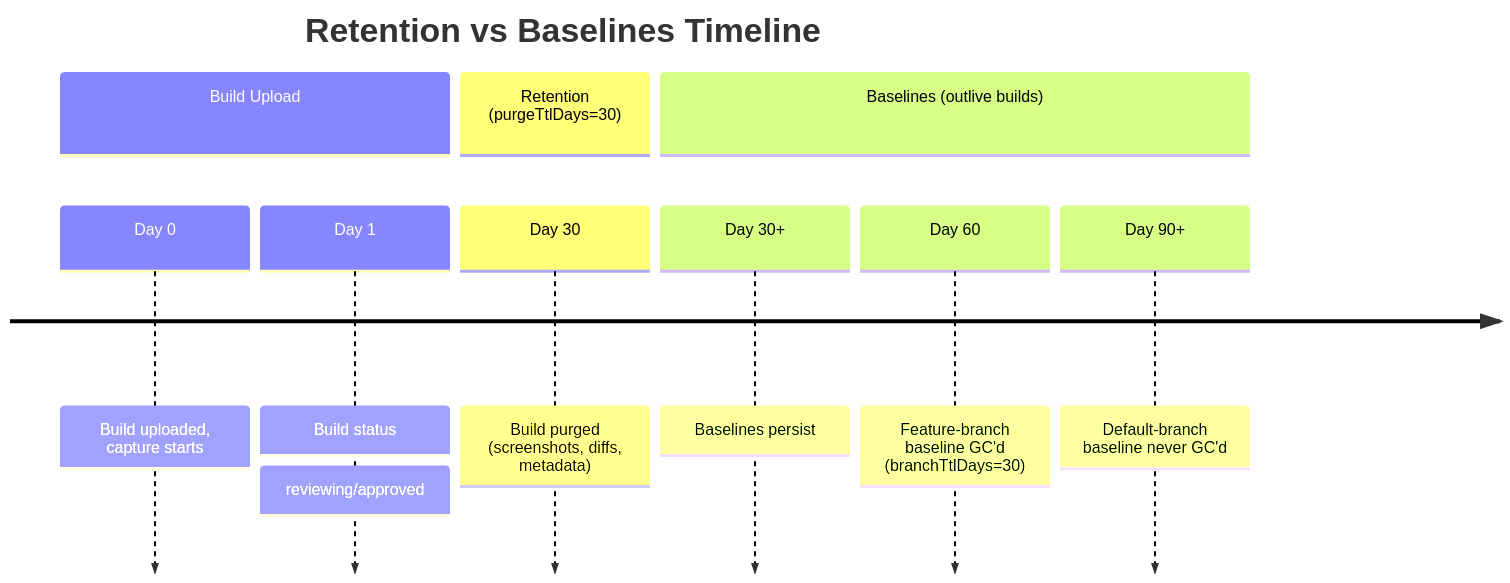
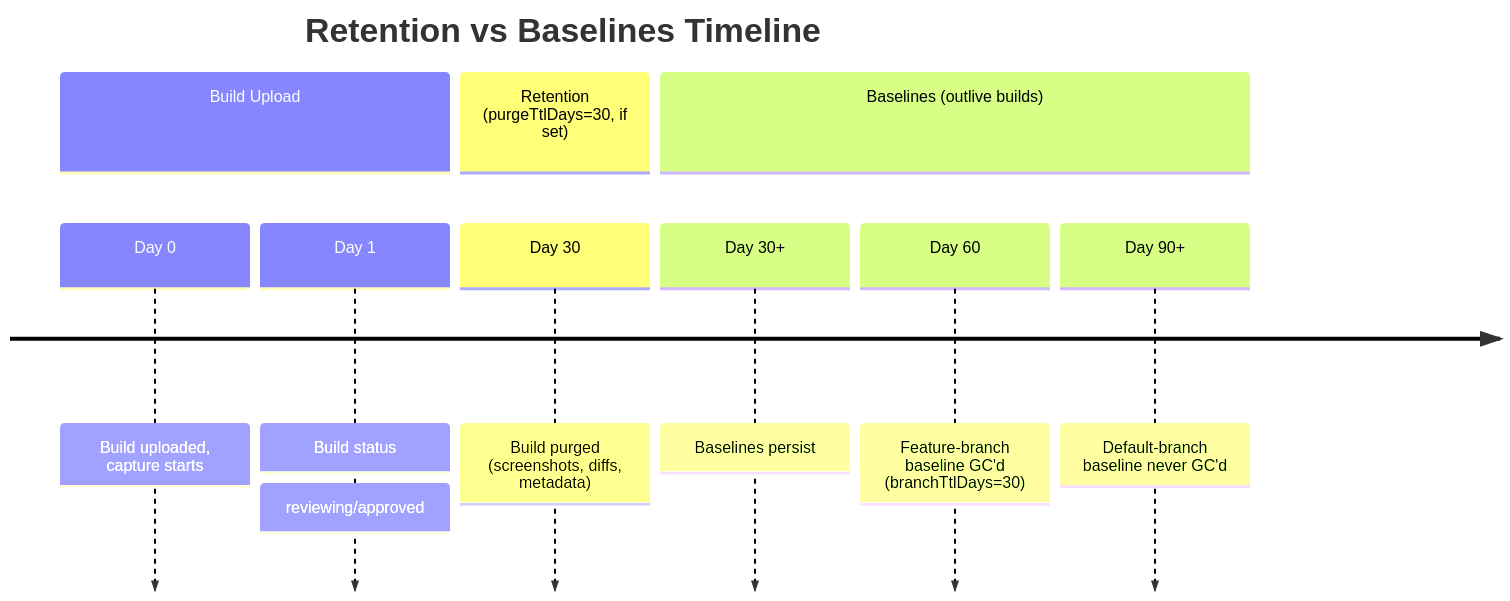
One commit to GuptaSiddhant/StoryShelf changed the third of 3 diagrams in apps/website/src/content/docs/concepts/baselines.md. Above: the diagram before and after it, drawn with Mermaid. The commit also changed other lines of this file and 35 other files, not shown here.

````diff
--- a/apps/website/src/content/docs/concepts/baselines.md
+++ b/apps/website/src/content/docs/concepts/baselines.md
@@ -95,13 +95,13 @@
 ```mermaid
 timeline
     title Retention vs Baselines Timeline
     section Build Upload
     Day 0 : Build uploaded, capture starts
     Day 1 : Build status: reviewing/approved
-    section Retention (purgeTtlDays=30)
+    section Retention (purgeTtlDays=30, if set)
     Day 30 : Build purged (screenshots, diffs, metadata)
     section Baselines (outlive builds)
     Day 30+ : Baselines persist
     Day 60 : Feature-branch baseline GC'd (branchTtlDays=30)
     Day 90+ : Default-branch baseline never GC'd
 ```
````
